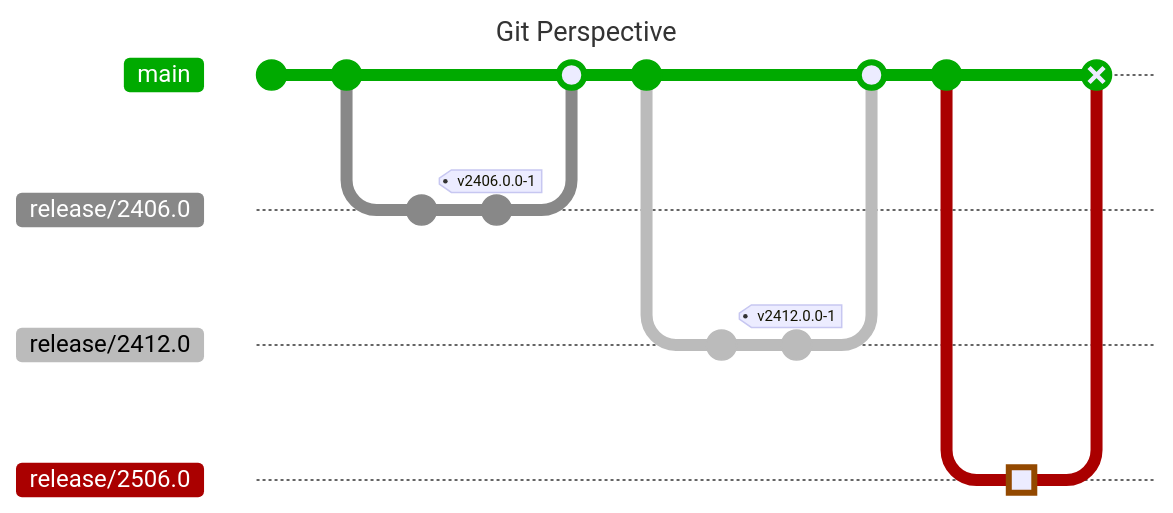
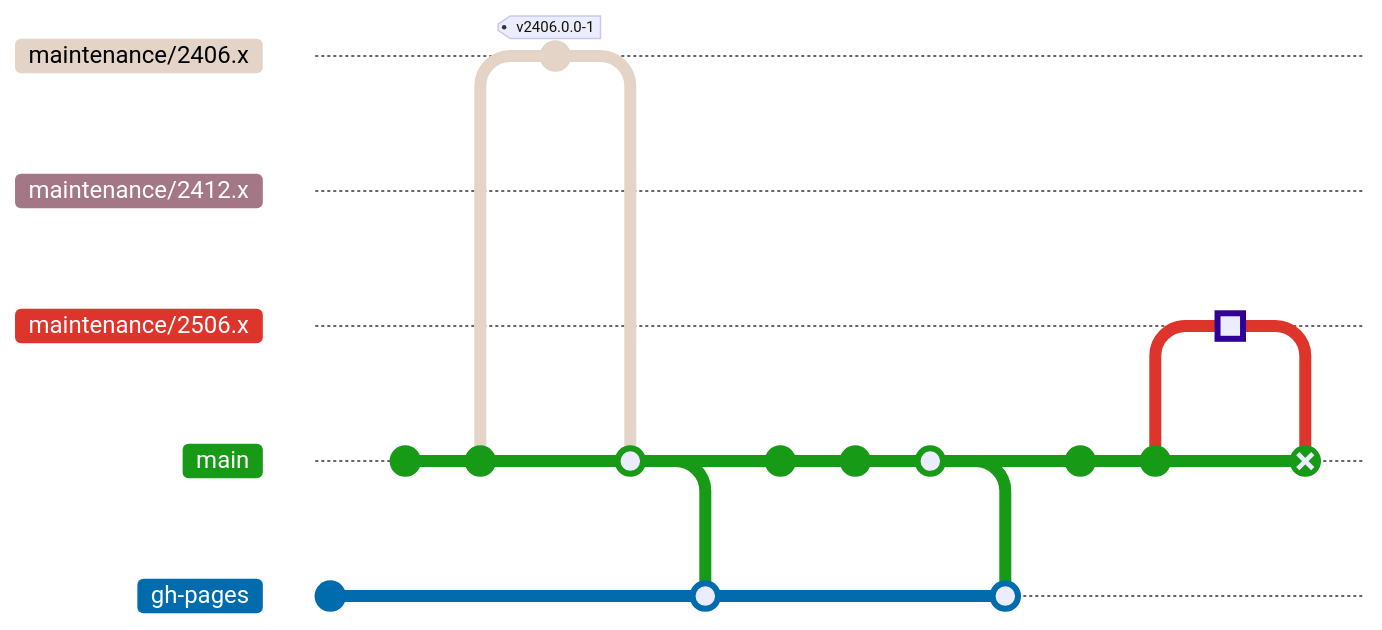
The first of 3 diagrams in website/dev/release/steps/01-create-branch.mdx (CoreMedia/coremedia-globallink-connect-integration), drawn with Mermaid before and after one commit. The commit also changed other lines of this file and 4 other files, not shown here. Commit ids are hidden.

````diff
--- a/website/dev/release/steps/01-create-branch.mdx
+++ b/website/dev/release/steps/01-create-branch.mdx
@@ -31,35 +28,47 @@
 ```mermaid
 ---
-title: "Git Perspective"
 config:
   theme: 'default'
   themeVariables:
-      'git0': '#00aa00'
-      'git1': '#888888'
-      'git2': '#bbbbbb'
-      'git3': '#aa0000'
-      'gitBranchLabel0': '#ffffff'
+      'git0': '#e4d4c8'
+      'git1': '#a47786'
+      'git2': '#dd342b'
+      'git3': '#179b17'
+      'git4': '#006cae'
+      'gitBranchLabel0': '#000000'
       'gitBranchLabel1': '#ffffff'
-      'gitBranchLabel2': '#000000'
+      'gitBranchLabel2': '#ffffff'
       'gitBranchLabel3': '#ffffff'
+      'gitBranchLabel4': '#ffffff'
+  gitGraph:
+    mainBranchOrder: 97
 ---
 gitGraph:
-  commit
-  commit
-  branch "release/2406.0"
-  commit
-  commit tag: "v2406.0.0-1"
+  branch gh-pages order: 98
+  commit id: "orphaned"
   checkout main
-  merge "release/2406.0"
-  commit
-  branch "release/2412.0"
-  commit
-  commit tag: "v2412.0.0-1"
+  commit id: " "
+  commit id: "maintenance/2406.x"
+  branch "maintenance/2406.x" order: 50
+  commit id: "  " tag: "v2406.0.0-1"
   checkout main
-  merge "release/2412.0"
-  commit
-  branch "release/2506.0"
-  commit type: HIGHLIGHT
+  merge "maintenance/2406.x"
+  checkout gh-pages
+  merge main
   checkout main
-  merge "release/2506.0" id: "GitHub PR for Review" type: REVERSE
+  commit id: "   "
+  commit id: "maintenance/2412.x"
+  branch "maintenance/2412.x" order: 50
+  commit id: "    " tag: "v2412.0.0-1"
+  checkout main
+  merge "maintenance/2412.x"
+  checkout gh-pages
+  merge main
+  checkout main
+  commit id: "    "
+  commit id: "maintenance/2506.x"
+  branch "maintenance/2506.x" order: 50
+  commit id: "adaptations 2506.0" type: HIGHLIGHT
+  checkout main
+  merge "maintenance/2506.x" type: REVERSE
 ```
````
